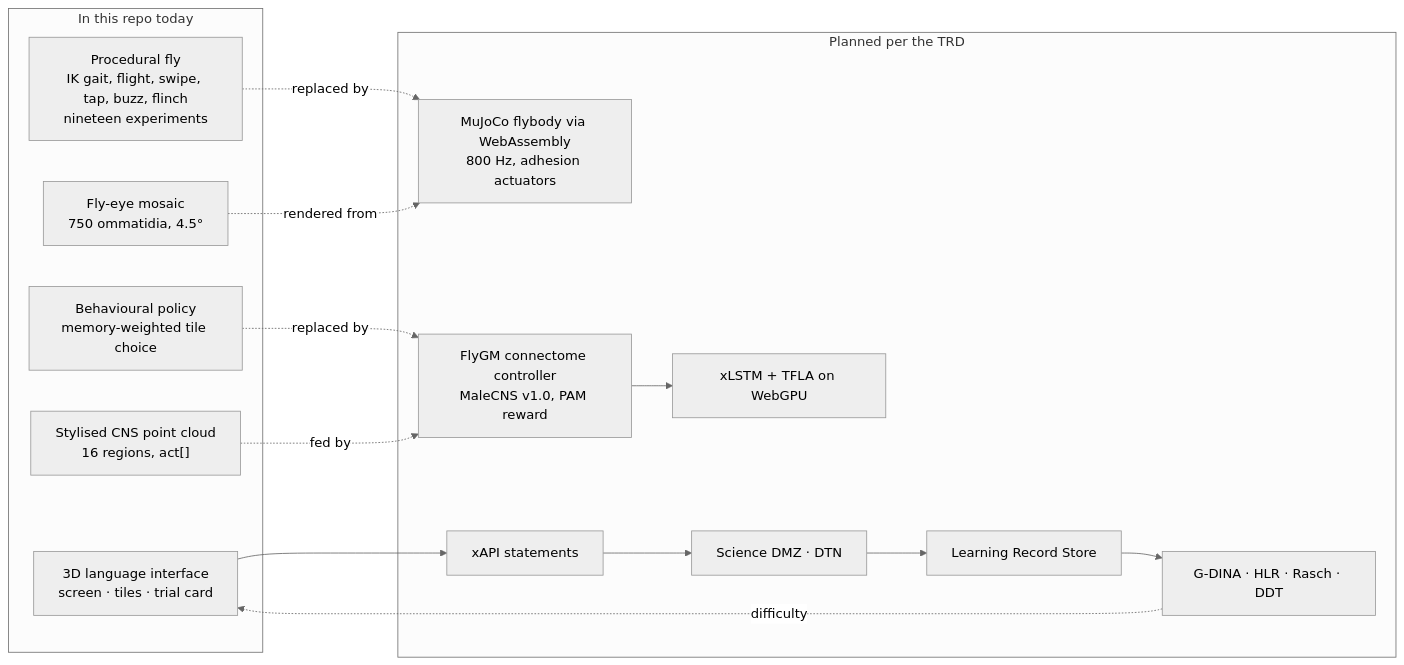
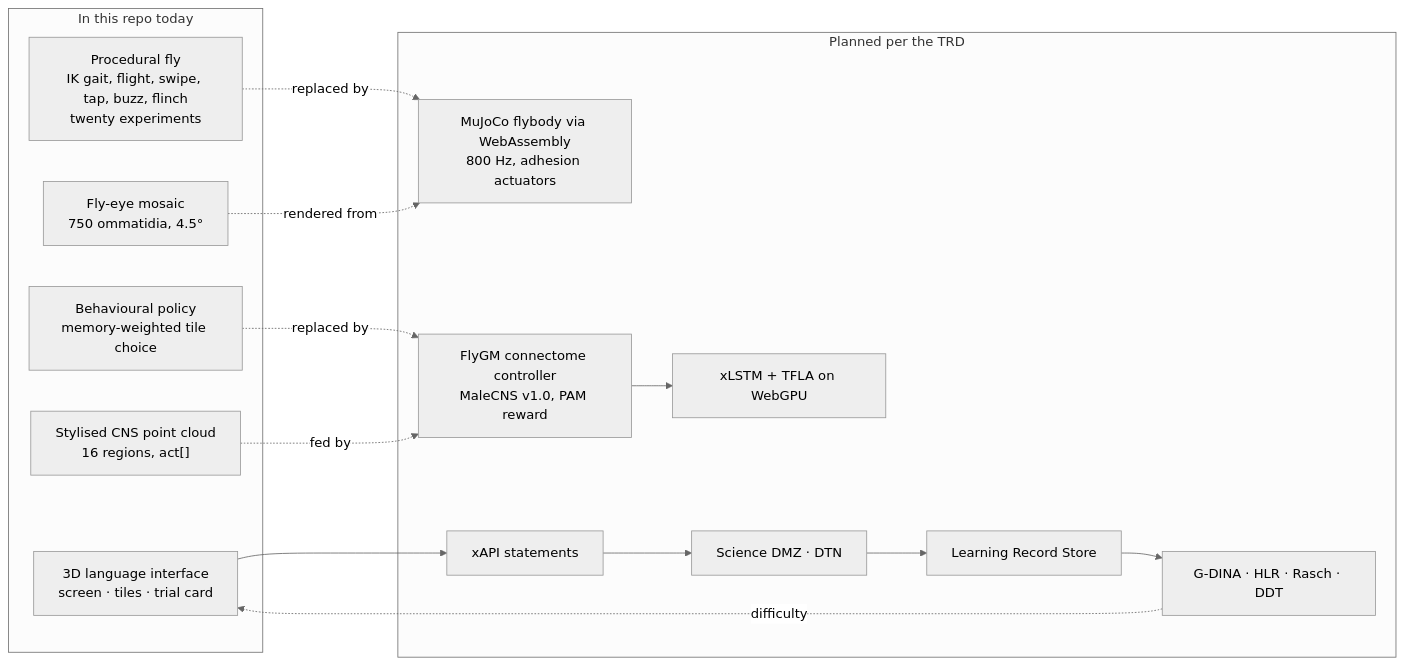
The fourth of 4 diagrams in README.md (jayrosen-design/fly-lingo), drawn with Mermaid (neutral theme) before and after one commit. The commit also changed other lines of this file and 6 other files, not shown here.

````diff
--- a/README.md
+++ b/README.md
@@ -641,26 +672,26 @@
 ```mermaid
 flowchart LR
   subgraph Now["In this repo today"]
     UI["3D language interface<br/>screen · tiles · trial card"]
-    FlyP["Procedural fly<br/>IK gait, flight, swipe, tap, buzz, flinch<br/>nineteen experiments"]
+    FlyP["Procedural fly<br/>IK gait, flight, swipe, tap, buzz, flinch<br/>twenty experiments"]
     Policy["Behavioural policy<br/>memory-weighted tile choice"]
     BrainViz["Stylised CNS point cloud<br/>16 regions, act[]"]
     Eye["Fly-eye mosaic<br/>750 ommatidia, 4.5°"]
   end
   subgraph Planned["Planned per the TRD"]
     MuJoCo["MuJoCo flybody via WebAssembly<br/>800 Hz, adhesion actuators"]
     FlyGM["FlyGM connectome controller<br/>MaleCNS v1.0, PAM reward"]
     xLSTM["xLSTM + TFLA on WebGPU"]
     xAPI["xAPI statements"]
     DMZ["Science DMZ · DTN"]
     LRS["Learning Record Store"]
     Eval["G-DINA · HLR · Rasch · DDT"]
   end
   Policy -. replaced by .-> FlyGM
   FlyP -. replaced by .-> MuJoCo
   BrainViz -. fed by .-> FlyGM
   Eye -. rendered from .-> MuJoCo
   UI --> xAPI --> DMZ --> LRS --> Eval
   Eval -. difficulty .-> UI
   FlyGM --> xLSTM
 ```
````
